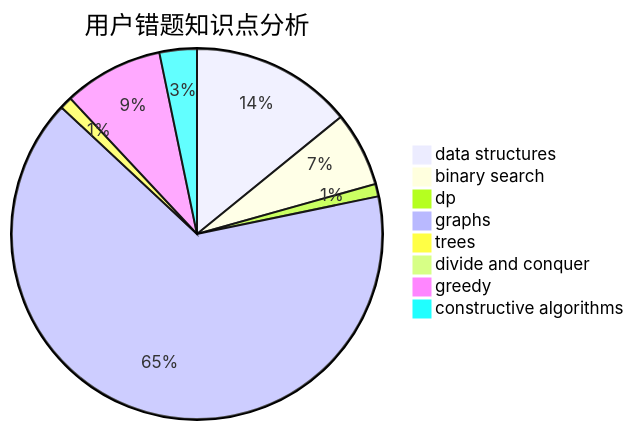
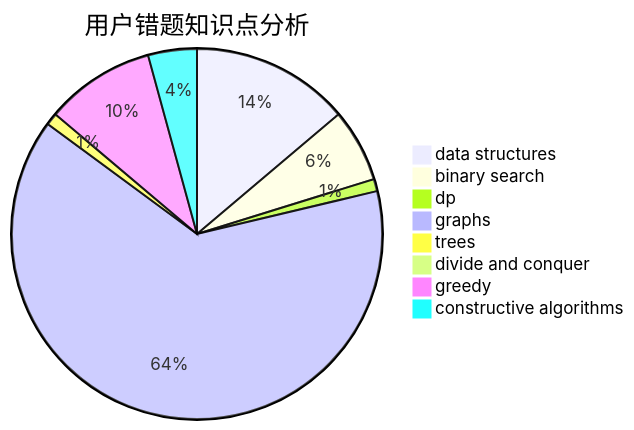
The third of 3 diagrams in docs/user/u261.md (sherpahu/cfrs.github.io), drawn with Mermaid before and after one commit. The commit also changed other lines of this file and 2770 other files, not shown here.

````diff
--- a/docs/user/u261.md
+++ b/docs/user/u261.md
@@ -36,11 +36,11 @@
 ```mermaid
 pie title 用户错题知识点分析
     "data structures" :  26
     "binary search" :  12
     "dp" :  2
     "graphs" :  120
     "trees" :  2
     "divide and conquer" :  0
-    "greedy" :  16
-    "constructive algorithms" :  6
+    "greedy" :  18
+    "constructive algorithms" :  8
 ```
````
